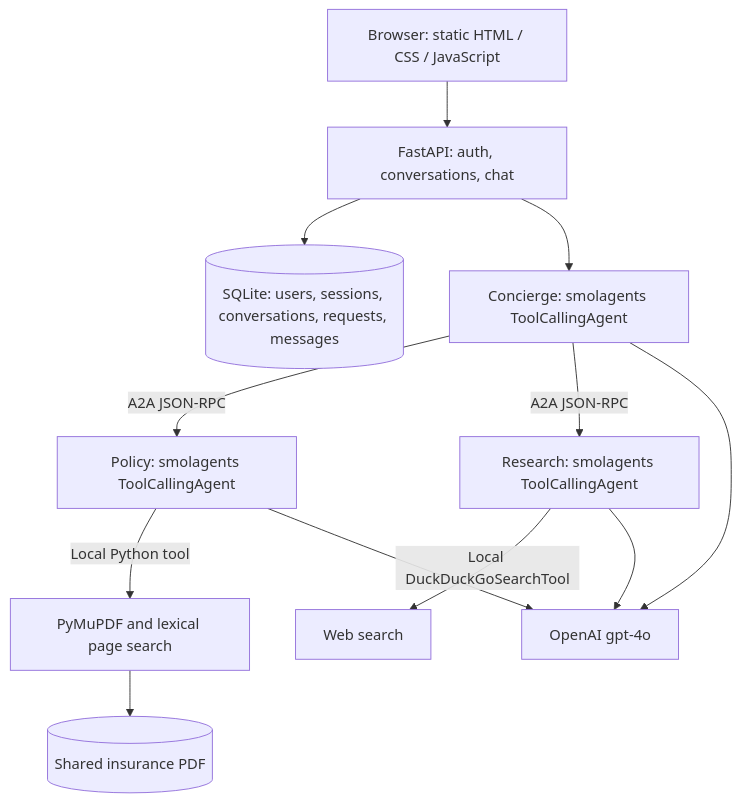
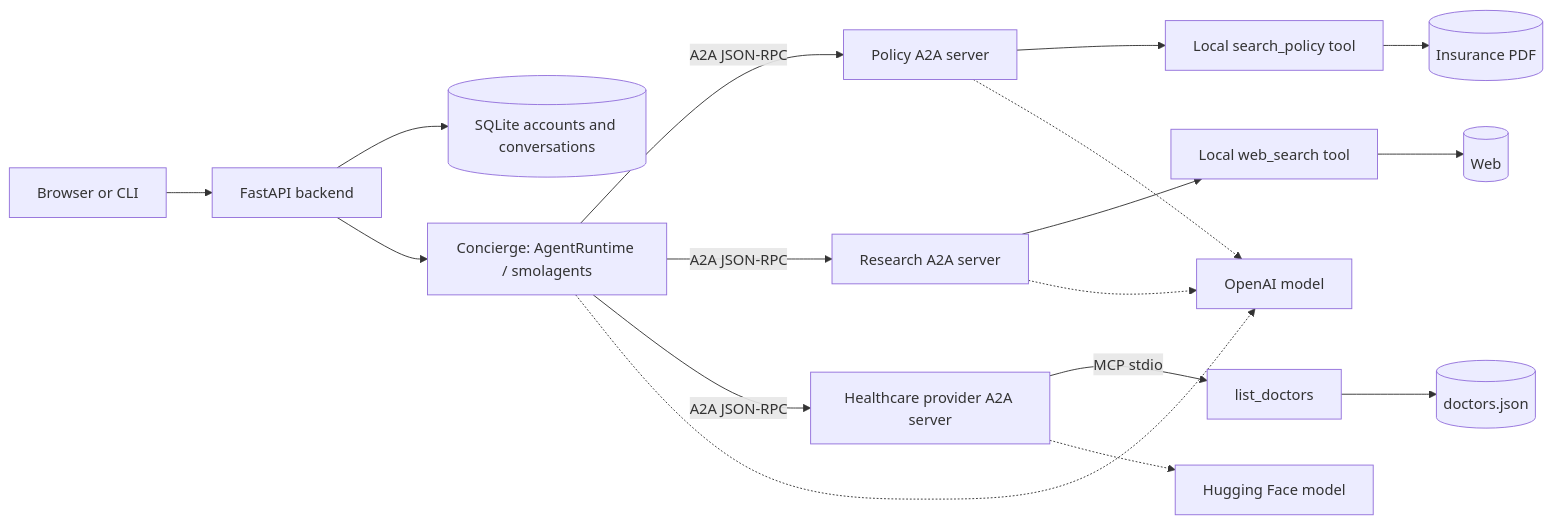
One commit to bakarys01/agentic-lab changed the diagram in docs/architecture.md. Above: the diagram before and after it, drawn with Mermaid. The commit also changed other lines of this file and 49 other files, not shown here.

Commit message:
feat: modularize A2A agent runtime and integrations

````diff
--- a/docs/architecture.md
+++ b/docs/architecture.md
@@ -17,14 +36,19 @@
-```mermaid
-flowchart TD
-    U[Browser: static HTML / CSS / JavaScript] --> B[FastAPI: auth, conversations, chat]
-    B --> DB[(SQLite: users, sessions, conversations, requests, messages)]
-    B --> C[Concierge: smolagents ToolCallingAgent]
-    C -->|A2A JSON-RPC| P[Policy: smolagents ToolCallingAgent]
-    C -->|A2A JSON-RPC| R[Research: smolagents ToolCallingAgent]
-    P -->|Local Python tool| PDF[PyMuPDF and lexical page search]
-    PDF --> D[(Shared insurance PDF)]
-    R -->|Local DuckDuckGoSearchTool| W[Web search]
-    C --> M[OpenAI gpt-4o]
-    P --> M
-    R --> M
-```
+~~~mermaid
+flowchart LR
+    User[Browser or CLI] --> API[FastAPI backend]
+    API --> DB[(SQLite accounts and conversations)]
+    API --> C[Concierge: AgentRuntime / smolagents]
+    C -->|A2A JSON-RPC| P[Policy A2A server]
+    C -->|A2A JSON-RPC| R[Research A2A server]
+    C -->|A2A JSON-RPC| H[Healthcare provider A2A server]
+    P --> PT[Local search_policy tool]
+    PT --> PDF[(Insurance PDF)]
+    R --> RT[Local web_search tool]
+    RT --> Web[(Web)]
+    H -->|MCP stdio| HM[list_doctors]
+    HM --> Doctors[(doctors.json)]
+    C -.-> O[OpenAI model]
+    P -.-> O
+    R -.-> O
+    H -.-> HF[Hugging Face model]
+~~~
````
